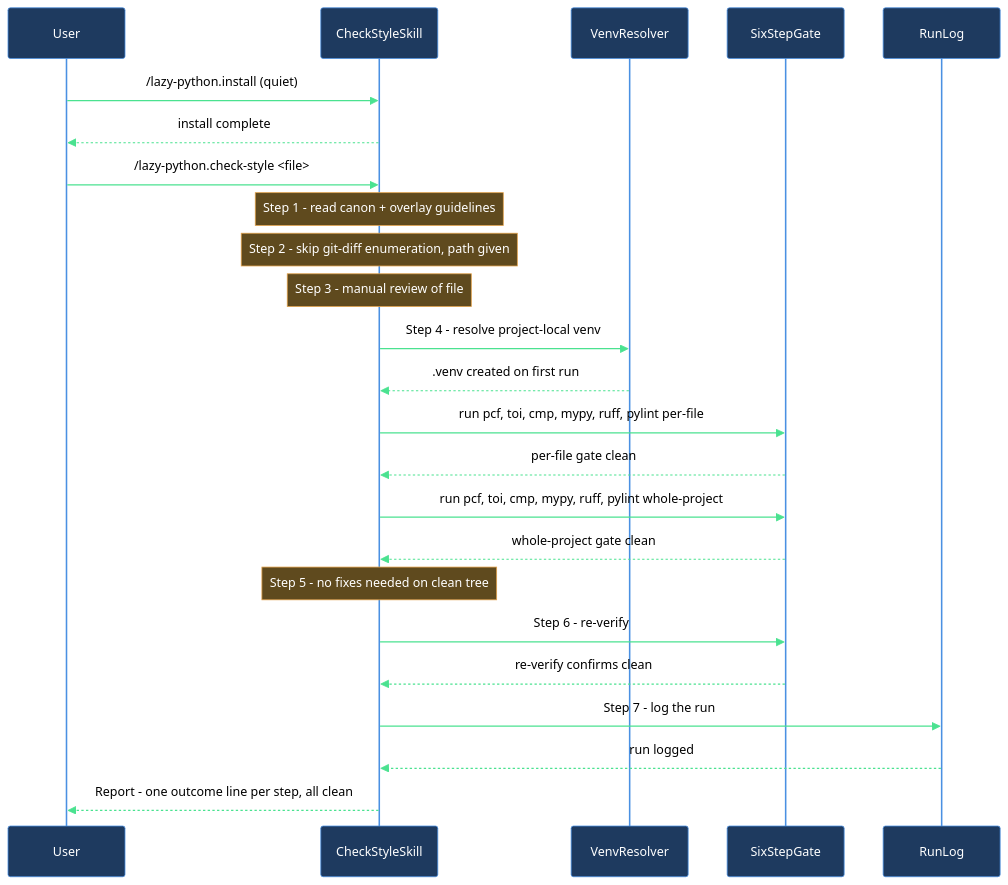
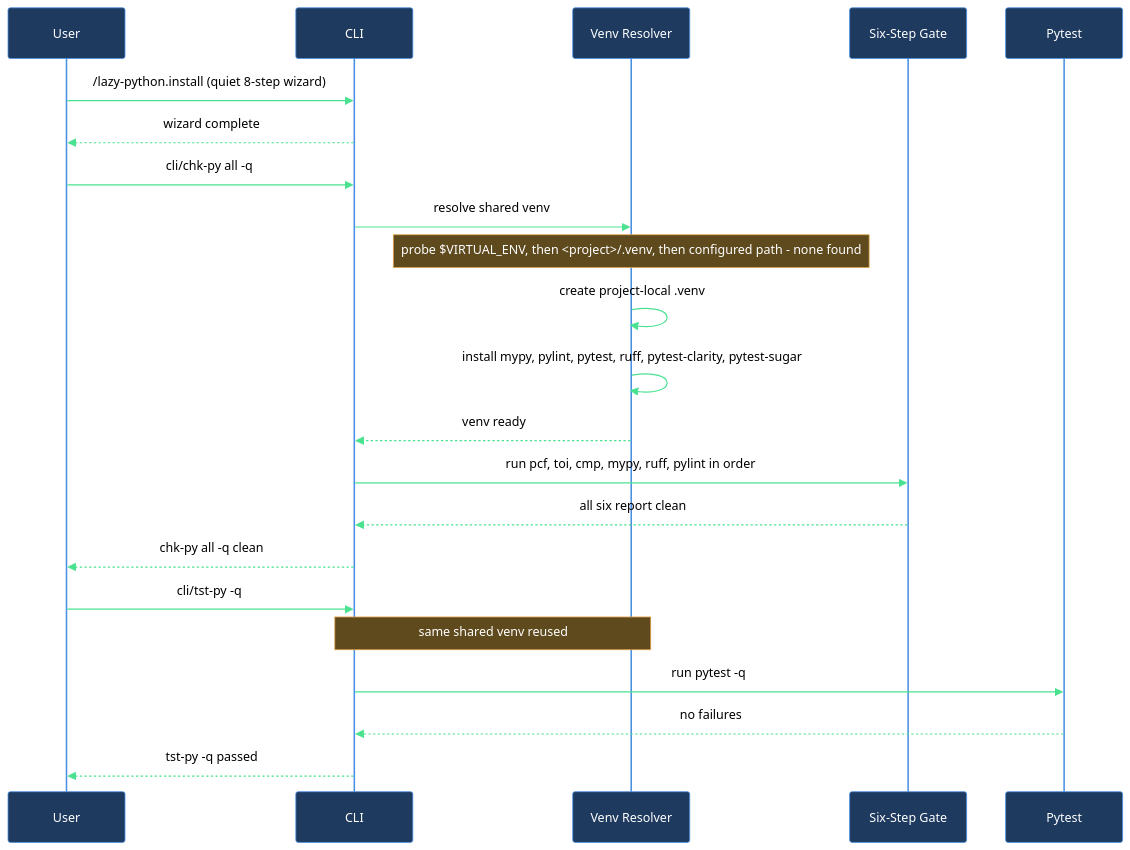
Before and after one commit to mebius-san/lazy-cortex: the diagram in claude/lazycortex-python/help/walkthroughs/install-and-first-check.md, drawn with Mermaid. The commit also changed other lines of this file and 40 other files, not shown here.

````diff
--- a/claude/lazycortex-python/help/walkthroughs/install-and-first-check.md
+++ b/claude/lazycortex-python/help/walkthroughs/install-and-first-check.md
@@ -81,28 +76,26 @@
 ```mermaid
 %%{init: {'themeVariables':{'background':'transparent','primaryColor':'#1e3a5f','primaryBorderColor':'#4a90e2','primaryTextColor':'#fff','lineColor':'#4ae290','actorBkg':'#1e3a5f','actorBorder':'#4a90e2','actorTextColor':'#fff','actorLineColor':'#4a90e2','signalColor':'#4ae290','signalTextColor':'#000','noteBkgColor':'#5f4a1e','noteBorderColor':'#e2a14a','noteTextColor':'#fff','labelBoxBkgColor':'#5f4a1e','labelBoxBorderColor':'#e2a14a','labelTextColor':'#fff','loopTextColor':'#e2a14a'},'sequence':{'diagramPadding':5,'useMaxWidth':true}}}%%
 sequenceDiagram
   participant user as User
-  participant checkStyle as CheckStyleSkill
-  participant venvResolver as VenvResolver
-  participant gate as SixStepGate
-  participant log as RunLog
+  participant cli as CLI
+  participant venvResolver as Venv Resolver
+  participant gate as Six-Step Gate
+  participant pytest as Pytest
 
-  user->>checkStyle: /lazy-python.install (quiet)
-  checkStyle-->>user: install complete
-  user->>checkStyle: /lazy-python.check-style <file>
-  Note over checkStyle: Step 1 - read canon + overlay guidelines
-  Note over checkStyle: Step 2 - skip git-diff enumeration, path given
-  Note over checkStyle: Step 3 - manual review of file
-  checkStyle->>venvResolver: Step 4 - resolve project-local venv
-  venvResolver-->>checkStyle: .venv created on first run
-  checkStyle->>gate: run pcf, toi, cmp, mypy, ruff, pylint per-file
-  gate-->>checkStyle: per-file gate clean
-  checkStyle->>gate: run pcf, toi, cmp, mypy, ruff, pylint whole-project
-  gate-->>checkStyle: whole-project gate clean
-  Note over checkStyle: Step 5 - no fixes needed on clean tree
-  checkStyle->>gate: Step 6 - re-verify
-  gate-->>checkStyle: re-verify confirms clean
-  checkStyle->>log: Step 7 - log the run
-  log-->>checkStyle: run logged
-  checkStyle-->>user: Report - one outcome line per step, all clean
+  user->>cli: /lazy-python.install (quiet 8-step wizard)
+  cli-->>user: wizard complete
+  user->>cli: cli/chk-py all -q
+  cli->>venvResolver: resolve shared venv
+  Note over venvResolver: probe $VIRTUAL_ENV, then <project>/.venv, then configured path - none found
+  venvResolver->>venvResolver: create project-local .venv
+  venvResolver->>venvResolver: install mypy, pylint, pytest, ruff, pytest-clarity, pytest-sugar
+  venvResolver-->>cli: venv ready
+  cli->>gate: run pcf, toi, cmp, mypy, ruff, pylint in order
+  gate-->>cli: all six report clean
+  cli-->>user: chk-py all -q clean
+  user->>cli: cli/tst-py -q
+  Note over cli,venvResolver: same shared venv reused
+  cli->>pytest: run pytest -q
+  pytest-->>cli: no failures
+  cli-->>user: tst-py -q passed
 ```
````
